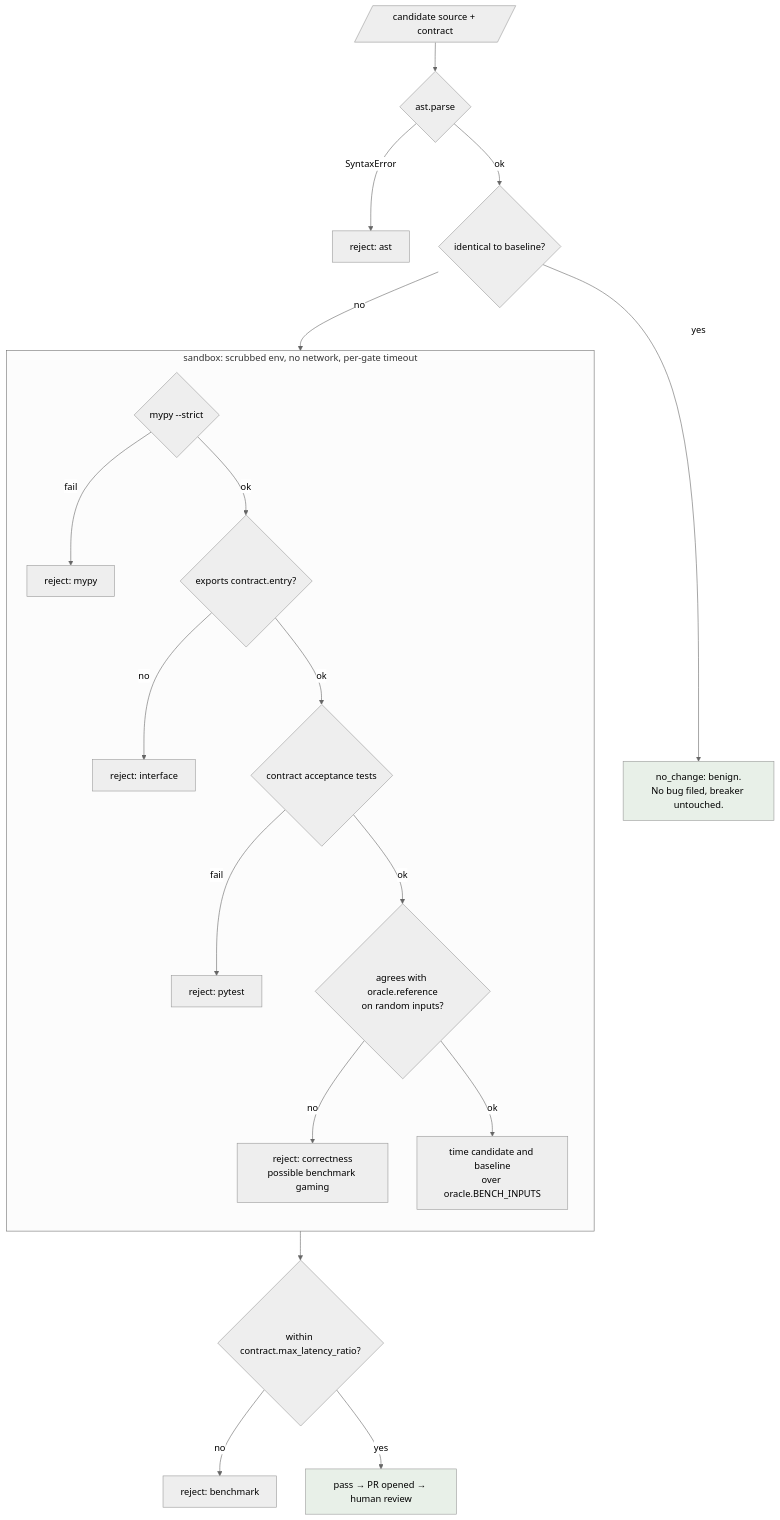
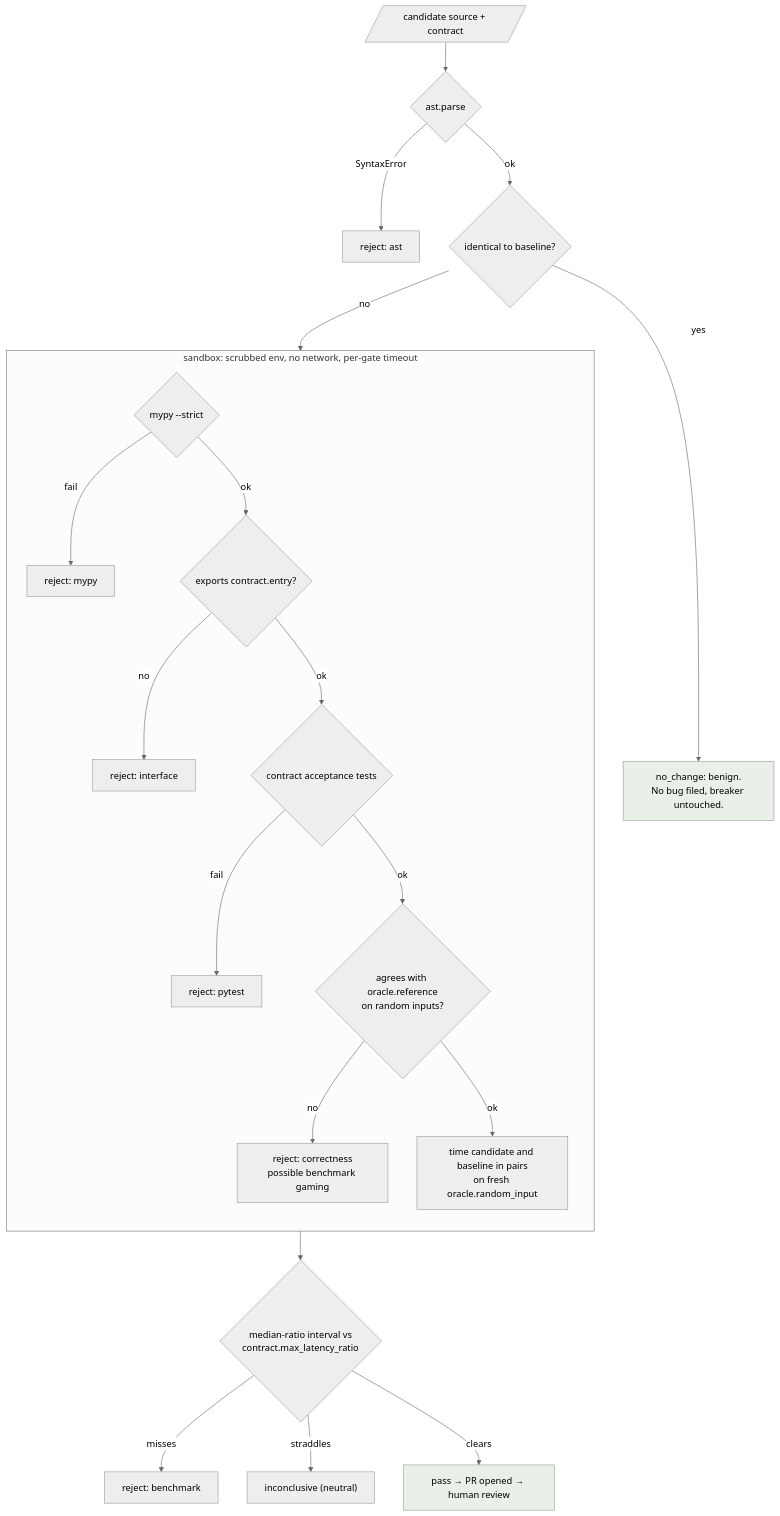
One commit to ozumpe/omnibase changed the fourth of 6 diagrams in docs/DIAGRAMS.md. Above: the diagram before and after it, drawn with Mermaid (neutral theme). The commit also changed 11 other files, not shown here.

First line of the commit message:
OMNI-41: benchmark gate decides from paired samples over fresh inputs

````diff
--- a/docs/DIAGRAMS.md
+++ b/docs/DIAGRAMS.md
@@ -264,27 +264,28 @@
 ```mermaid
 flowchart TD
     A[/"candidate source + contract"/] --> B{"ast.parse"}
     B -- "SyntaxError" --> RJ["reject: ast"]
     B -- ok --> C{"identical to baseline?"}
     C -- "yes" --> NC["no_change: benign.<br/>No bug filed, breaker untouched."]
     C -- "no" --> S
 
     subgraph S["sandbox: scrubbed env, no network, per-gate timeout"]
         direction TB
         D{"mypy --strict"} -- "fail" --> RJ2["reject: mypy"]
         D -- ok --> E{"exports contract.entry?"}
         E -- "no" --> RJ3["reject: interface"]
         E -- ok --> F{"contract acceptance tests"}
         F -- "fail" --> RJ4["reject: pytest"]
         F -- ok --> G{"agrees with oracle.reference<br/>on random inputs?"}
         G -- "no" --> RJ5["reject: correctness<br/>possible benchmark gaming"]
-        G -- ok --> H["time candidate and baseline<br/>over oracle.BENCH_INPUTS"]
+        G -- ok --> H["time candidate and baseline in pairs<br/>on fresh oracle.random_input"]
     end
 
-    H --> I{"within contract.max_latency_ratio?"}
-    I -- "no" --> RJ6["reject: benchmark"]
-    I -- "yes" --> P["pass → PR opened → human review"]
+    H --> I{"median-ratio interval vs<br/>contract.max_latency_ratio"}
+    I -- "misses" --> RJ6["reject: benchmark"]
+    I -- "straddles" --> NI["inconclusive (neutral)"]
+    I -- "clears" --> P["pass → PR opened → human review"]
 
     style NC fill:#e8f0e8
     style P fill:#e8f0e8
 ```
````
